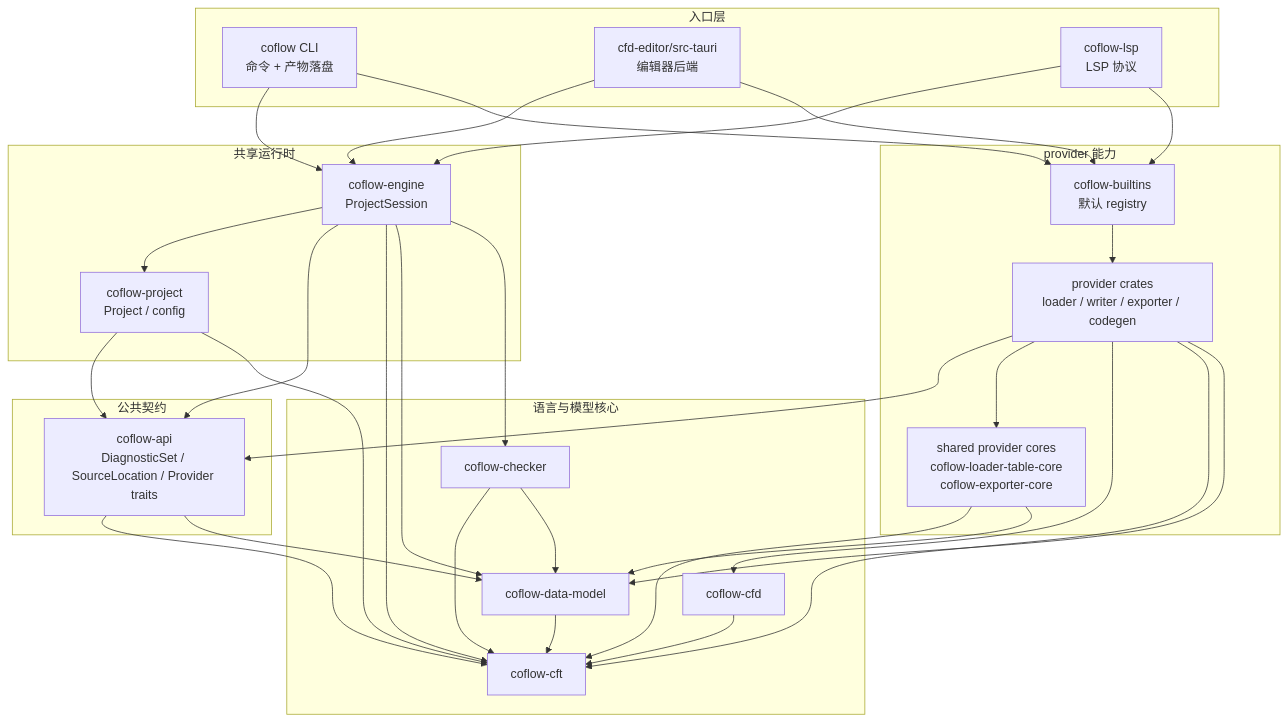
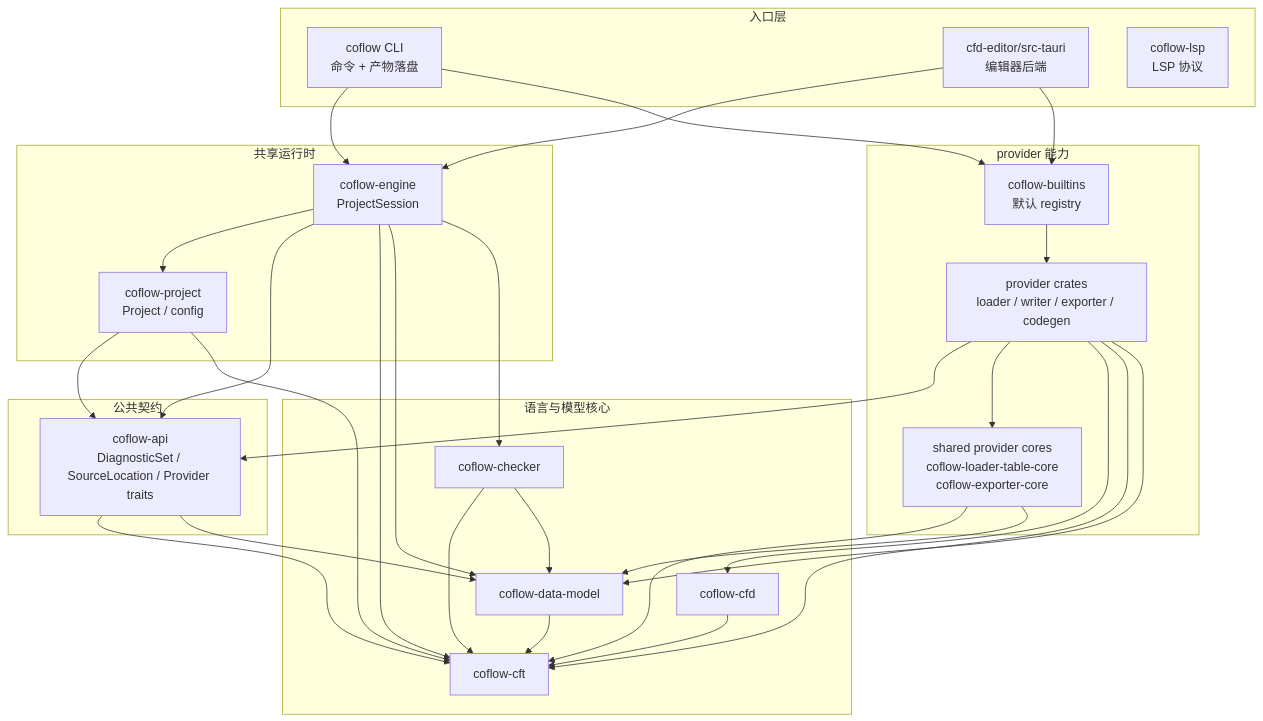
One commit to Puring103/coflow changed the diagram in docs/spec/15-final-architecture-refactor-plan.md. Above: the diagram before and after it, drawn with Mermaid. The commit also changed other lines of this file and 3 other files, not shown here.

Commit message:
refactor: tighten engine architecture boundary

````diff
--- a/docs/spec/15-final-architecture-refactor-plan.md
+++ b/docs/spec/15-final-architecture-refactor-plan.md
@@ -49,63 +49,61 @@
 ```mermaid
 flowchart TB
     subgraph Entrypoints["入口层"]
         CLI["coflow CLI\n命令 + 产物落盘"]
         Editor["cfd-editor/src-tauri\n编辑器后端"]
         LSP["coflow-lsp\nLSP 协议"]
     end
 
     subgraph Runtime["共享运行时"]
         Engine["coflow-engine\nProjectSession"]
         Project["coflow-project\nProject / config"]
     end
 
     subgraph Contract["公共契约"]
         Api["coflow-api\nDiagnosticSet / SourceLocation / Provider traits"]
     end
 
     subgraph Providers["provider 能力"]
         Builtins["coflow-builtins\n默认 registry"]
         ProviderCrates["provider crates\nloader / writer / exporter / codegen"]
         ProviderCores["shared provider cores\ncoflow-loader-table-core\ncoflow-exporter-core"]
     end
 
     subgraph Core["语言与模型核心"]
         Cft["coflow-cft"]
         Cfd["coflow-cfd"]
         Model["coflow-data-model"]
         Checker["coflow-checker"]
     end
 
     CLI --> Engine
     Editor --> Engine
-    LSP --> Engine
 
     CLI --> Builtins
     Editor --> Builtins
-    LSP --> Builtins
 
     Engine --> Project
     Engine --> Api
     Engine --> Cft
     Engine --> Model
     Engine --> Checker
 
     Project --> Api
     Project --> Cft
 
     Builtins --> ProviderCrates
     ProviderCrates --> Api
     ProviderCrates --> ProviderCores
     ProviderCrates --> Cfd
     ProviderCrates --> Cft
     ProviderCrates --> Model
     ProviderCores --> Cft
     ProviderCores --> Model
 
     Api --> Cft
     Api --> Model
     Model --> Cft
     Checker --> Cft
     Checker --> Model
     Cfd --> Cft
 ```
````
